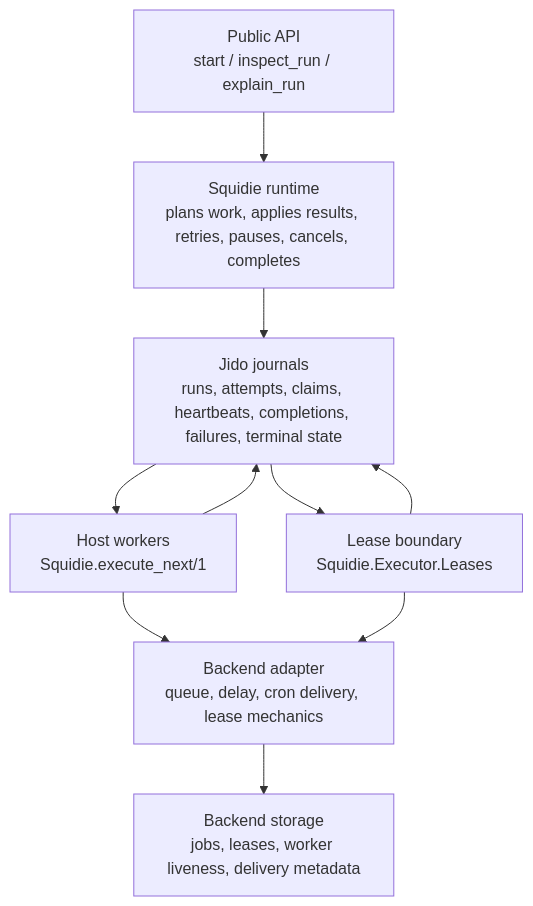
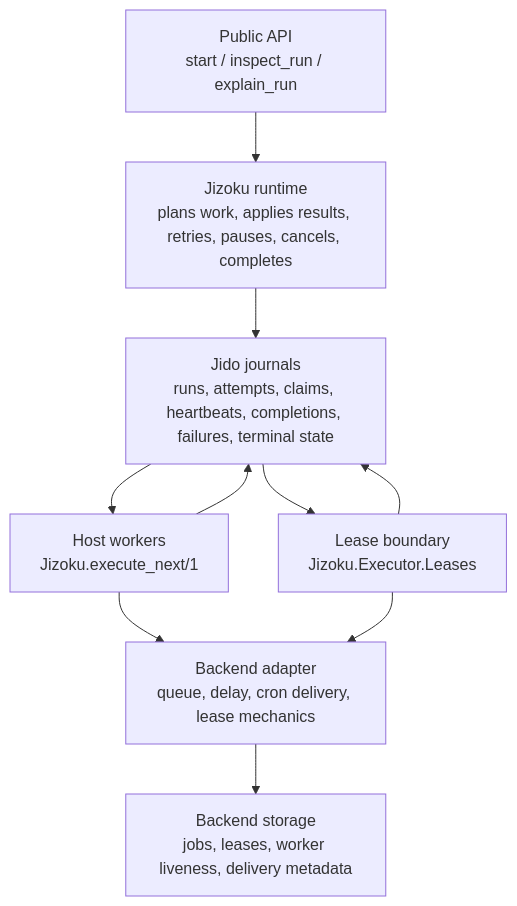
Before and after one commit to agentjido/jizoku: the diagram in docs/architecture.md, drawn with Mermaid. The commit also changed other lines of this file and 45 other files, not shown here.

````diff
--- a/docs/architecture.md
+++ b/docs/architecture.md
@@ -125,20 +125,20 @@
 ```mermaid
 flowchart TB
     api["Public API<br/>start / inspect_run / explain_run"]
-    runtime["Squidie runtime<br/>plans work, applies results, retries, pauses, cancels, completes"]
+    runtime["Jizoku runtime<br/>plans work, applies results, retries, pauses, cancels, completes"]
     journals["Jido journals<br/>runs, attempts, claims, heartbeats, completions, failures, terminal state"]
-    worker["Host workers<br/>Squidie.execute_next/1"]
-    leases["Lease boundary<br/>Squidie.Executor.Leases"]
+    worker["Host workers<br/>Jizoku.execute_next/1"]
+    leases["Lease boundary<br/>Jizoku.Executor.Leases"]
     adapter["Backend adapter<br/>queue, delay, cron delivery, lease mechanics"]
     storage["Backend storage<br/>jobs, leases, worker liveness, delivery metadata"]
 
     api --> runtime
     runtime --> journals
     journals --> worker
     worker --> journals
     journals --> leases
     leases --> journals
     worker --> adapter
     leases --> adapter
     adapter --> storage
 ```
````
